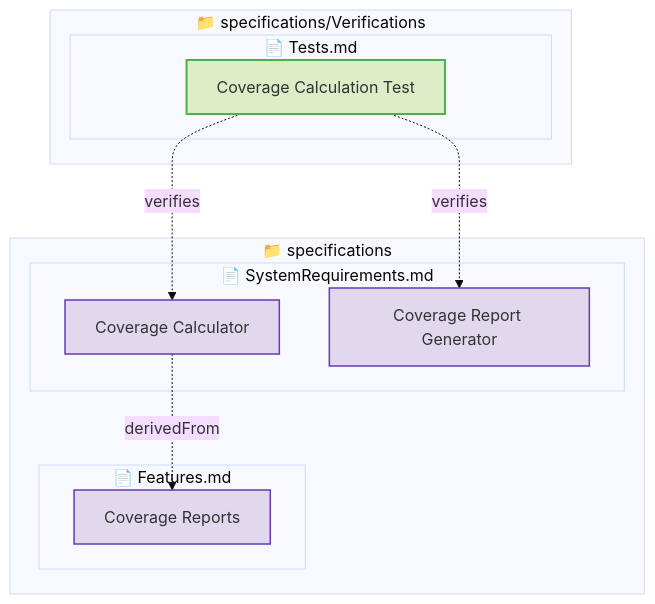
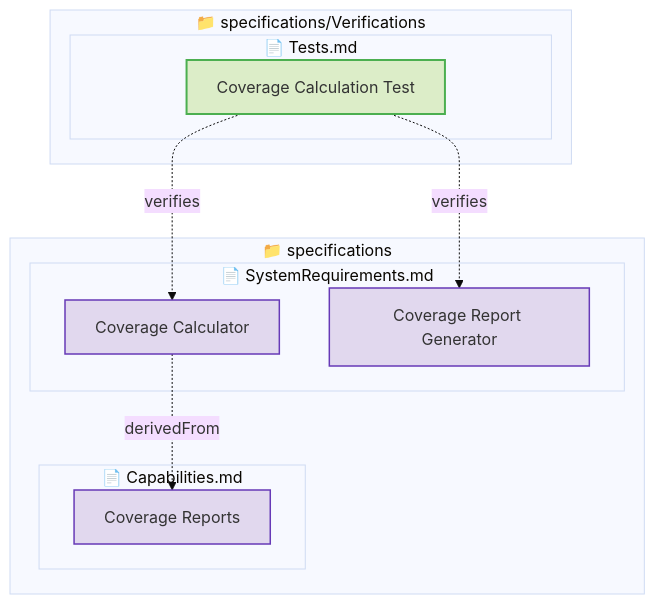
The fourth of 6 diagrams in tests/test-verification-traces/expected/expected_output.md (reqvire-org/reqvire), drawn with Mermaid (base theme) before and after one commit. The commit also changed other lines of this file and 502 other files, not shown here.

````diff
--- a/tests/test-verification-traces/expected/expected_output.md
+++ b/tests/test-verification-traces/expected/expected_output.md
@@ -126,32 +126,32 @@
 ```mermaid
 graph TD
-  classDef feature fill:#BBDEFB,stroke:#1976D2,stroke-width:2.5px;
+  classDef capability fill:#BBDEFB,stroke:#1976D2,stroke-width:2.5px;
   classDef systemRequirement fill:#E1D8EE,stroke:#673AB7,stroke-width:1.5px;
   classDef requirement fill:#ECEFF1,stroke:#673AB7,stroke-width:1.5px;
   classDef verification fill:#DCEDC8,stroke:#4CAF50,stroke-width:2px;
   classDef folder fill:#FAFAFA,stroke:#9E9E9E,stroke-width:3px;
   classDef file fill:#FFF8E1,stroke:#FFCA28,stroke-width:2px;
   classDef default fill:#F5F5F5,stroke:#424242,stroke-width:1.5px;
 
   subgraph 9d68b769fcbc79d0["📁 specifications"]
-    subgraph 52b96646352f3ec7["📄 Features.md"]
-      81ebeaf8af789f94["Coverage Reports"]:::systemRequirement
-      click 81ebeaf8af789f94 "specifications/Features.md#coverage-reports";
+    subgraph afe26fd45621e6a["📄 Capabilities.md"]
+      50087044746c8442["Coverage Reports"]:::systemRequirement
+      click 50087044746c8442 "specifications/Capabilities.md#coverage-reports";
     end
     subgraph 77808752d543f615["📄 SystemRequirements.md"]
       1dec177646fd03e3["Coverage Calculator"]:::systemRequirement
       click 1dec177646fd03e3 "specifications/SystemRequirements.md#coverage-calculator";
       43a94f9f7d2eef41["Coverage Report Generator"]:::systemRequirement
       click 43a94f9f7d2eef41 "specifications/SystemRequirements.md#coverage-report-generator";
     end
   end
   subgraph 9f0649e759bd2822["📁 specifications/Verifications"]
     subgraph 7d9dffd79ed1d5b8["📄 Tests.md"]
       b99504832fc8e0f1["Coverage Calculation Test"]:::verification
       click b99504832fc8e0f1 "specifications/Verifications/Tests.md#coverage-calculation-test";
     end
   end
   b99504832fc8e0f1 -.->|verifies| 1dec177646fd03e3;
   b99504832fc8e0f1 -.->|verifies| 43a94f9f7d2eef41;
-  1dec177646fd03e3 -.->|derivedFrom| 81ebeaf8af789f94;
+  1dec177646fd03e3 -.->|derivedFrom| 50087044746c8442;
 ```
````
